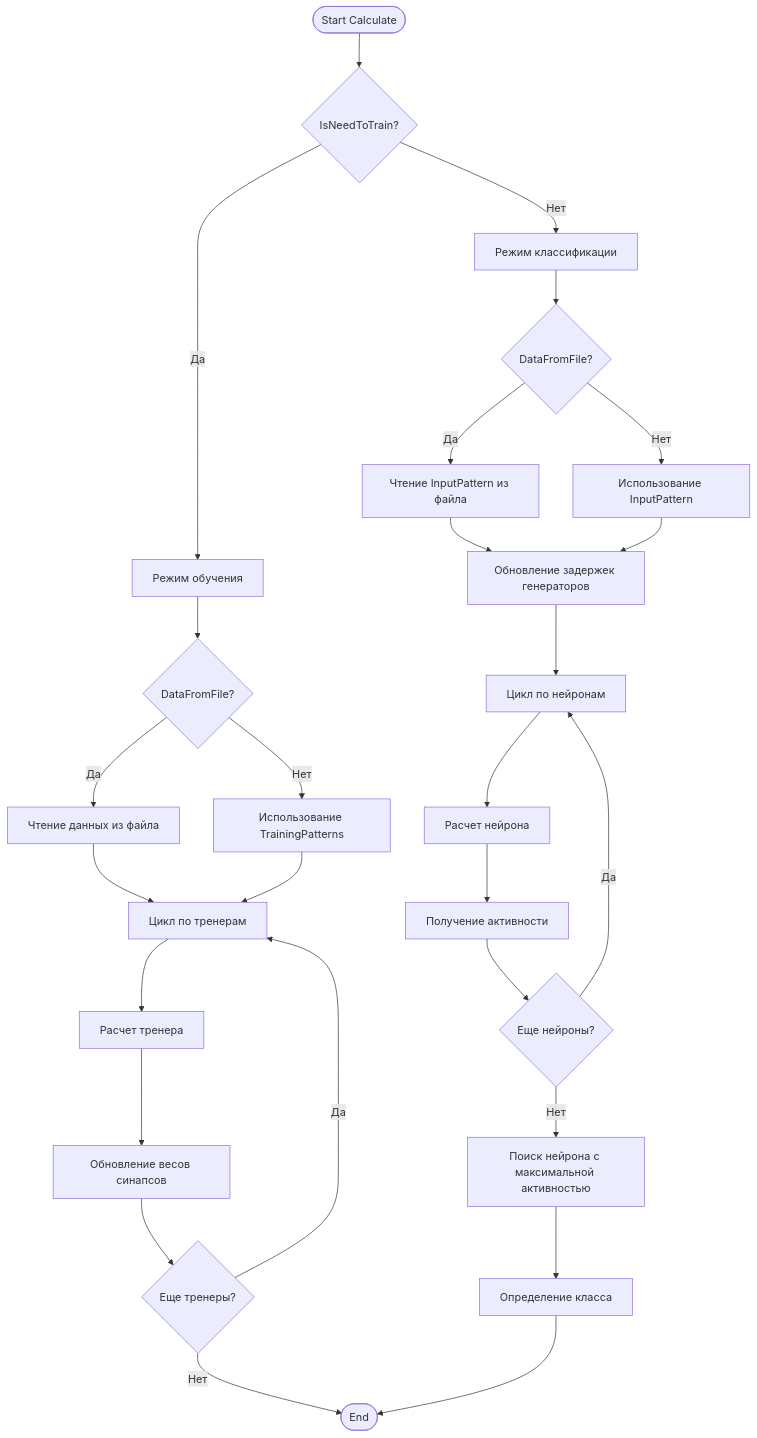
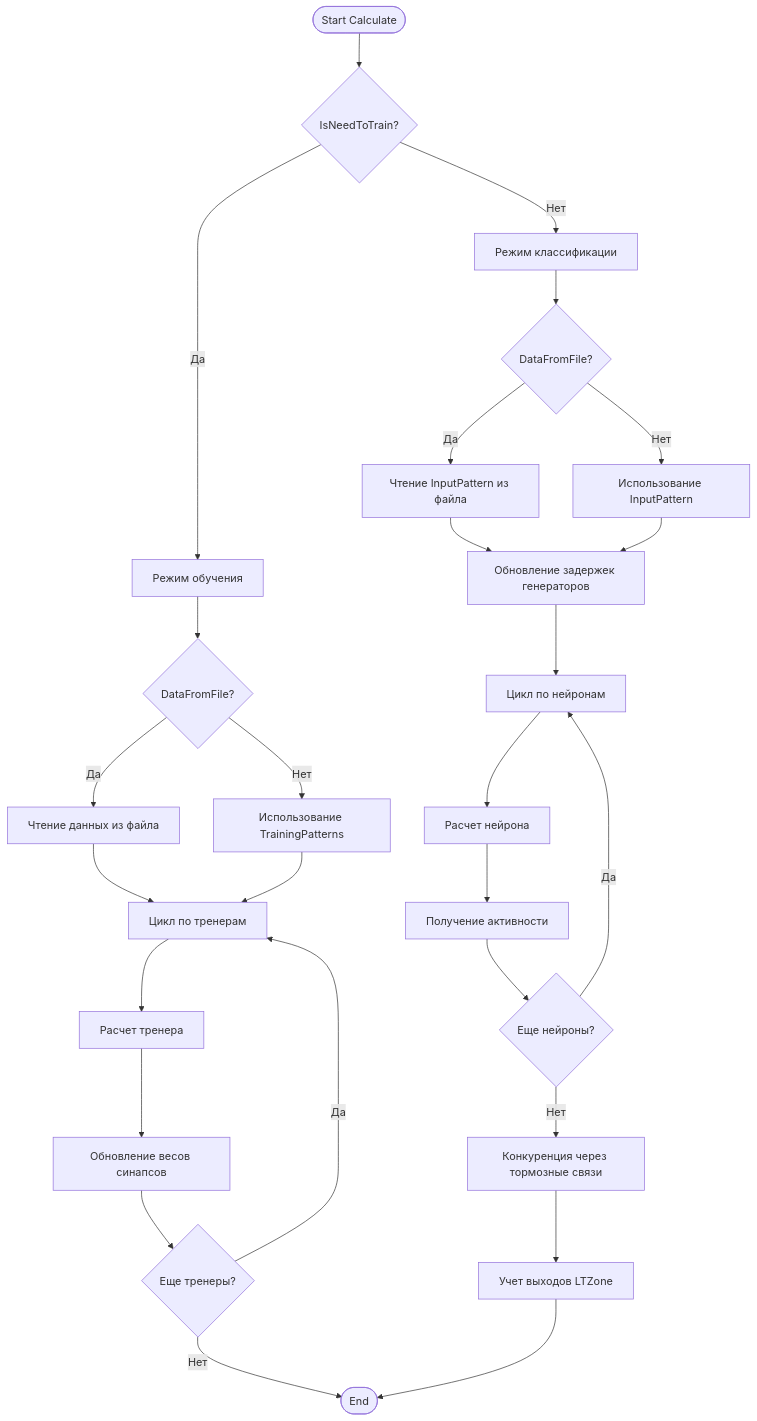
One commit to aicommunity/Nmsdk-PulseLib changed the fourth of 10 diagrams in Docs/Components/NSpikeClassifier.md. Above: the diagram before and after it, drawn with Mermaid. The commit also changed other lines of this file and 1 other file, not shown here.

````diff
--- a/Docs/Components/NSpikeClassifier.md
+++ b/Docs/Components/NSpikeClassifier.md
@@ -169,34 +177,34 @@
 ```mermaid
 flowchart TD
     Start([Start Calculate]) --> CheckMode{IsNeedToTrain?}
     
     CheckMode -->|Да| TrainingMode[Режим обучения]
     CheckMode -->|Нет| ClassificationMode[Режим классификации]
     
     TrainingMode --> CheckDataFromFile{DataFromFile?}
     CheckDataFromFile -->|Да| ReadFromFile[Чтение данных из файла]
     CheckDataFromFile -->|Нет| UseTrainingPatterns[Использование TrainingPatterns]
     ReadFromFile --> LoopTrainers[Цикл по тренерам]
     UseTrainingPatterns --> LoopTrainers
     
     LoopTrainers --> CalcTrainer[Расчет тренера]
     CalcTrainer --> UpdateWeights[Обновление весов синапсов]
     UpdateWeights --> CheckMoreTrainers{Еще тренеры?}
     CheckMoreTrainers -->|Да| LoopTrainers
     CheckMoreTrainers -->|Нет| End([End])
     
     ClassificationMode --> CheckDataFromFile2{DataFromFile?}
     CheckDataFromFile2 -->|Да| ReadFromFile2[Чтение InputPattern из файла]
     CheckDataFromFile2 -->|Нет| UseInputPattern[Использование InputPattern]
     ReadFromFile2 --> UpdateGenerators[Обновление задержек генераторов]
     UseInputPattern --> UpdateGenerators
     
     UpdateGenerators --> LoopNeurons[Цикл по нейронам]
     LoopNeurons --> CalcNeuron[Расчет нейрона]
     CalcNeuron --> GetActivity[Получение активности]
     GetActivity --> CheckMoreNeurons{Еще нейроны?}
     CheckMoreNeurons -->|Да| LoopNeurons
-    CheckMoreNeurons -->|Нет| FindMaxActivity[Поиск нейрона с максимальной активностью]
-    FindMaxActivity --> DetermineClass[Определение класса]
-    DetermineClass --> End
+    CheckMoreNeurons -->|Нет| LateralInhibition[Конкуренция через тормозные связи]
+    LateralInhibition --> CollectResponses[Учет выходов LTZone]
+    CollectResponses --> End
 ```
````
